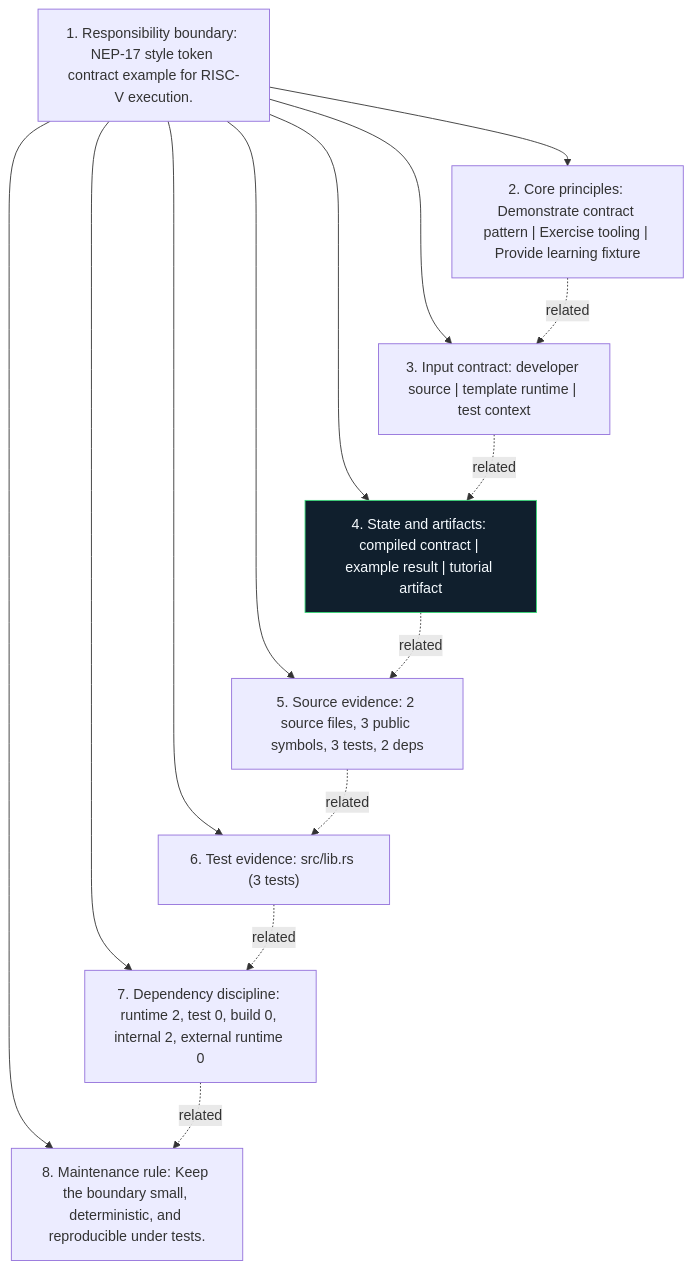
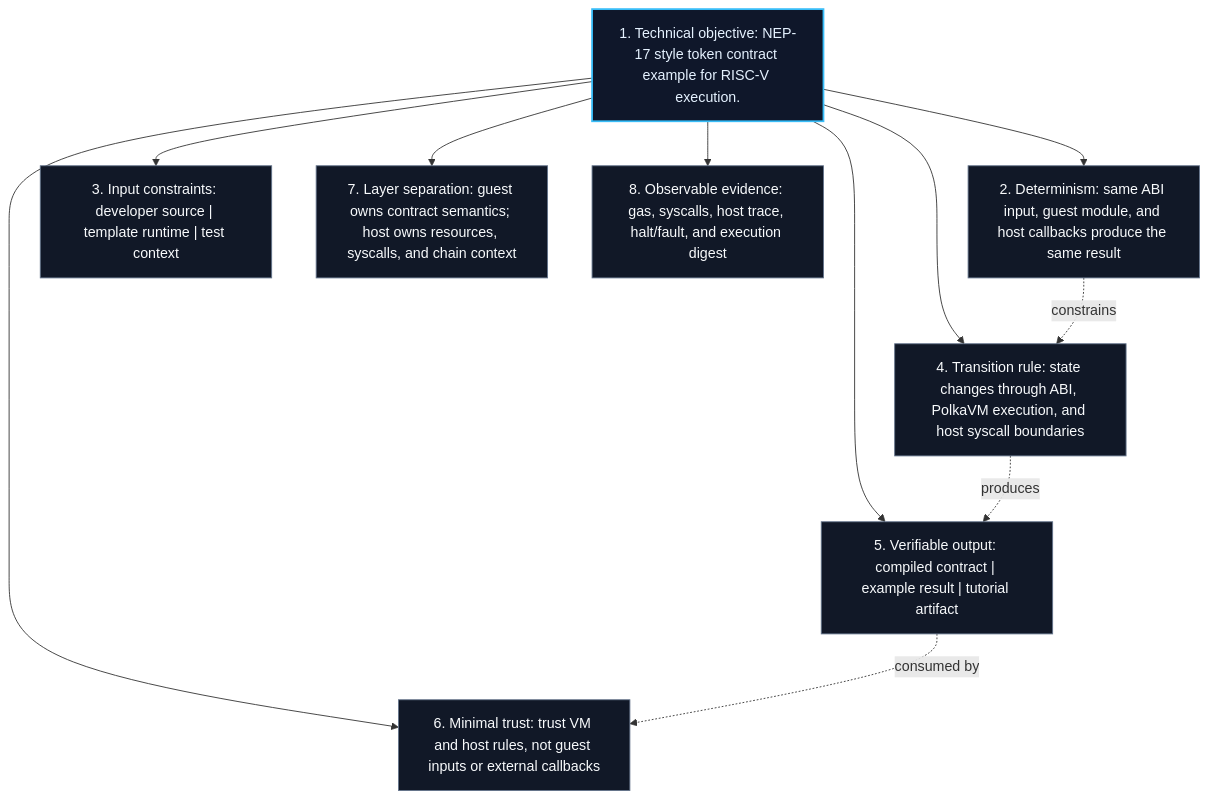
One commit to r3e-network/neo-riscv-vm changed the diagram in examples/nep17-token/docs/figures/principles.mmd. Above: the diagram before and after it, drawn with Mermaid. The commit also changed 831 other files, not shown here.

Commit message:
Replace crate diagrams with technical views

```diff
--- a/examples/nep17-token/docs/figures/principles.mmd
+++ b/examples/nep17-token/docs/figures/principles.mmd
@@ -1,24 +1,23 @@
 flowchart TB
-    N1["1. Responsibility boundary: NEP-17 style token contract example for RISC-V execution."]
-    N2["2. Core principles: Demonstrate contract pattern | Exercise tooling | Provide learning fixture"]
-    N3["3. Input contract: developer source | template runtime | test context"]
-    N4["4. State and artifacts: compiled contract | example result | tutorial artifact"]
-    N5["5. Source evidence: 2 source files, 3 public symbols, 3 tests, 2 deps"]
-    N6["6. Test evidence: src/lib.rs (3 tests)"]
-    N7["7. Dependency discipline: runtime 2, test 0, build 0, internal 2, external runtime 0"]
-    N8["8. Maintenance rule: Keep the boundary small, deterministic, and reproducible under tests."]
+    N1["1. Technical objective: NEP-17 style token contract example for RISC-V execution."]
+    N2["2. Determinism: same ABI input, guest module, and host callbacks produce the same result"]
+    N3["3. Input constraints: developer source | template runtime | test context"]
+    N4["4. Transition rule: state changes through ABI, PolkaVM execution, and host syscall boundaries"]
+    N5["5. Verifiable output: compiled contract | example result | tutorial artifact"]
+    N6["6. Minimal trust: trust VM and host rules, not guest inputs or external callbacks"]
+    N7["7. Layer separation: guest owns contract semantics; host owns resources, syscalls, and chain context"]
+    N8["8. Observable evidence: gas, syscalls, host trace, halt/fault, and execution digest"]
     N1 --> N2
     N1 --> N3
     N1 --> N4
     N1 --> N5
     N1 --> N6
     N1 --> N7
     N1 --> N8
-    N2 -. related .-> N3
-    N3 -. related .-> N4
-    N4 -. related .-> N5
-    N5 -. related .-> N6
-    N6 -. related .-> N7
-    N7 -. related .-> N8
-    classDef crate fill:#101f2d,stroke:#38d978,color:#f6fbff
-    class N4 crate
+    N2 -. constrains .-> N4
+    N4 -. produces .-> N5
+    N5 -. consumed by .-> N6
+    classDef core fill:#0f172a,stroke:#38bdf8,color:#e5f2ff,stroke-width:2px;
+    classDef support fill:#111827,stroke:#64748b,color:#f8fafc;
+    class N1 core;
+    class N2,N3,N4,N5,N6,N7,N8 support;
```
